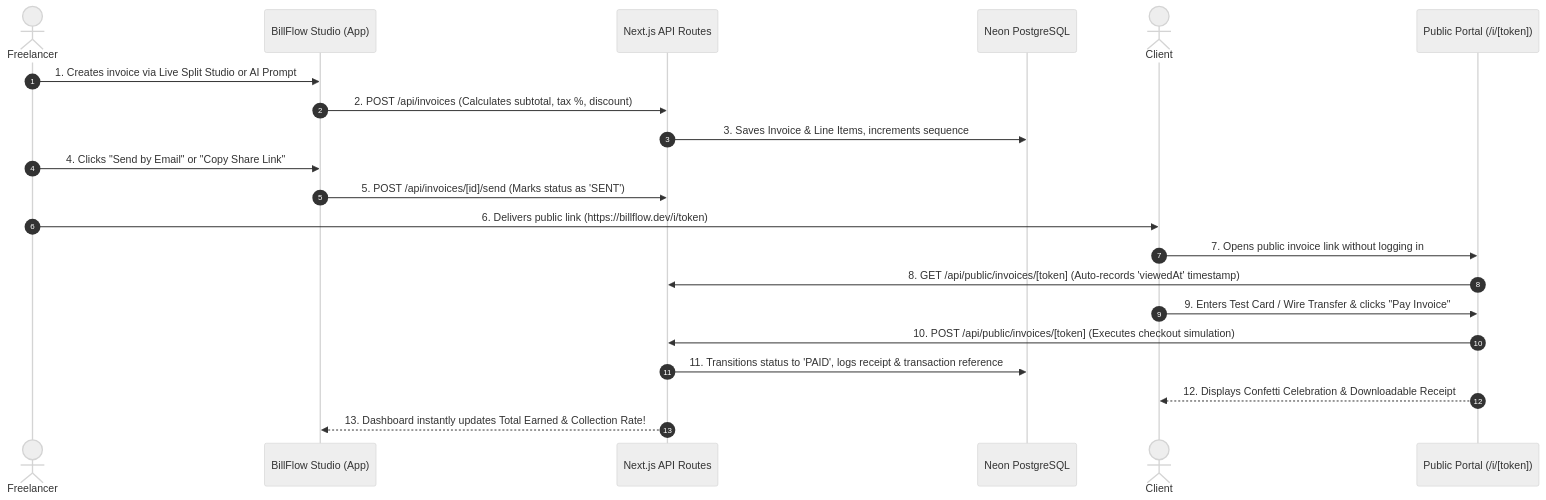
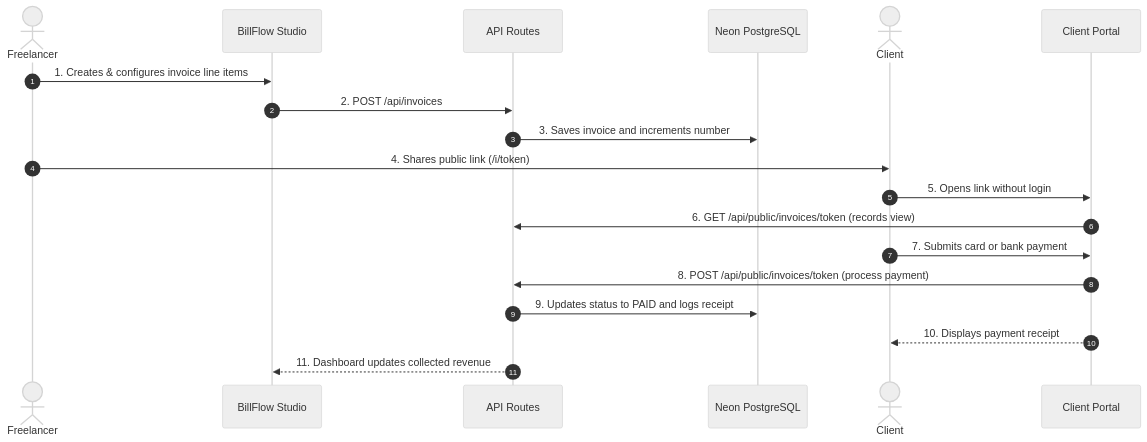
The second of 2 diagrams in README.md (mukeshdhadhariya/assignemnt), drawn with Mermaid (neutral theme) before and after one commit. The commit also changed other lines of this file, not shown here.

````diff
--- a/README.md
+++ b/README.md
@@ -73,24 +45,22 @@
 ```mermaid
 sequenceDiagram
     autonumber
     actor Freelancer
-    participant Studio as BillFlow Studio (App)
-    participant API as Next.js API Routes
+    participant Studio as BillFlow Studio
+    participant API as API Routes
     participant DB as Neon PostgreSQL
     actor Client
-    participant Portal as Public Portal (/i/[token])
+    participant Portal as Client Portal
 
-    Freelancer->>Studio: 1. Creates invoice via Live Split Studio or AI Prompt
-    Studio->>API: 2. POST /api/invoices (Calculates subtotal, tax %, discount)
-    API->>DB: 3. Saves Invoice & Line Items, increments sequence
-    Freelancer->>Studio: 4. Clicks "Send by Email" or "Copy Share Link"
-    Studio->>API: 5. POST /api/invoices/[id]/send (Marks status as 'SENT')
-    Freelancer->>Client: 6. Delivers public link (https://billflow.dev/i/token)
-    Client->>Portal: 7. Opens public invoice link without logging in
-    Portal->>API: 8. GET /api/public/invoices/[token] (Auto-records 'viewedAt' timestamp)
-    Client->>Portal: 9. Enters Test Card / Wire Transfer & clicks "Pay Invoice"
-    Portal->>API: 10. POST /api/public/invoices/[token] (Executes checkout simulation)
-    API->>DB: 11. Transitions status to 'PAID', logs receipt & transaction reference
-    Portal-->>Client: 12. Displays Confetti Celebration & Downloadable Receipt
-    API-->>Studio: 13. Dashboard instantly updates Total Earned & Collection Rate!
+    Freelancer->>Studio: 1. Creates & configures invoice line items
+    Studio->>API: 2. POST /api/invoices
+    API->>DB: 3. Saves invoice and increments number
+    Freelancer->>Client: 4. Shares public link (/i/token)
+    Client->>Portal: 5. Opens link without login
+    Portal->>API: 6. GET /api/public/invoices/token (records view)
+    Client->>Portal: 7. Submits card or bank payment
+    Portal->>API: 8. POST /api/public/invoices/token (process payment)
+    API->>DB: 9. Updates status to PAID and logs receipt
+    Portal-->>Client: 10. Displays payment receipt
+    API-->>Studio: 11. Dashboard updates collected revenue
 ```
````
